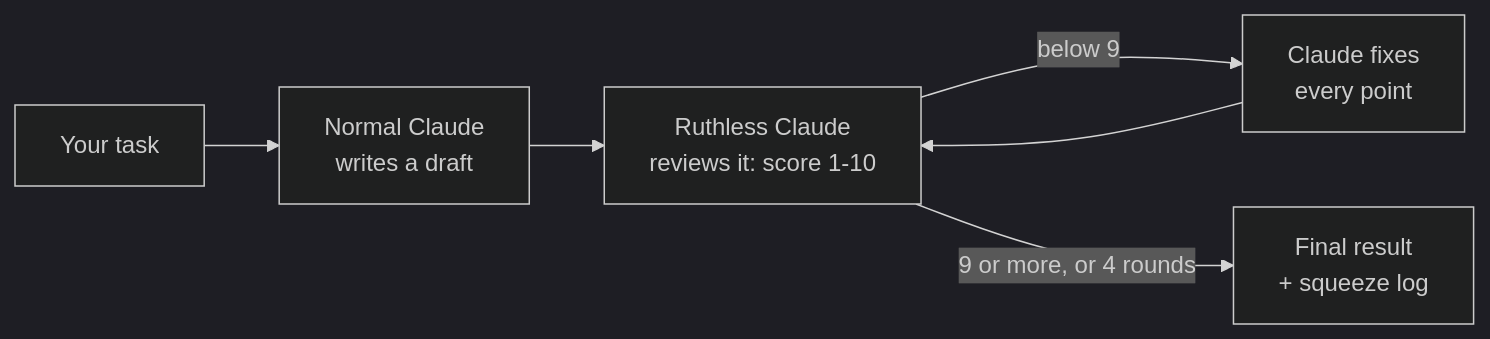
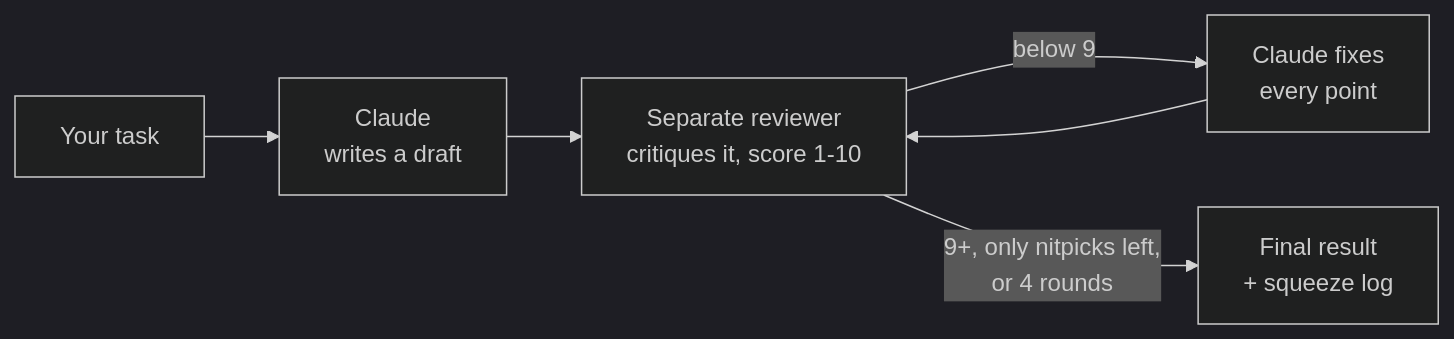
Before and after one commit to mody51510000-code/ruthless-claude: the diagram in README.md, drawn with Mermaid (dark theme). The commit also changed other lines of this file, not shown here.

````diff
--- a/README.md
+++ b/README.md
@@ -55,8 +61,8 @@
 ```mermaid
 flowchart LR
-    A[Your task] --> B[Normal Claude<br>writes a draft]
-    B --> C[Ruthless Claude<br>reviews it: score 1-10]
+    A[Your task] --> B[Claude<br>writes a draft]
+    B --> C[Separate reviewer<br>critiques it, score 1-10]
     C -->|below 9| D[Claude fixes<br>every point]
     D --> C
-    C -->|9 or more, or 4 rounds| E[Final result<br>+ squeeze log]
+    C -->|9+, only nitpicks left,<br>or 4 rounds| E[Final result<br>+ squeeze log]
 ```
````
